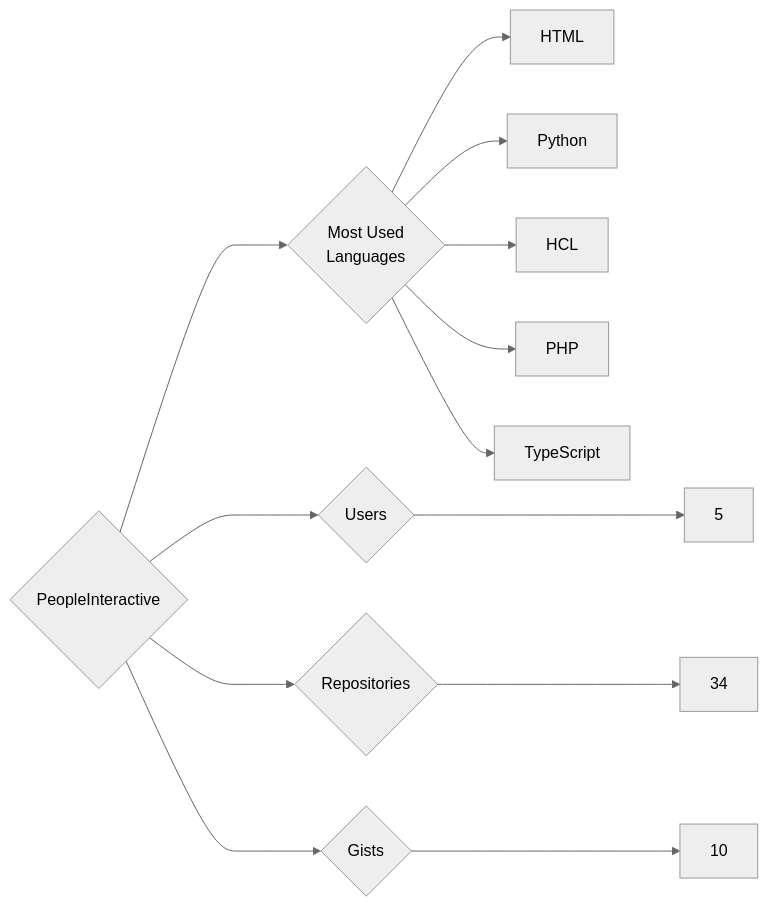
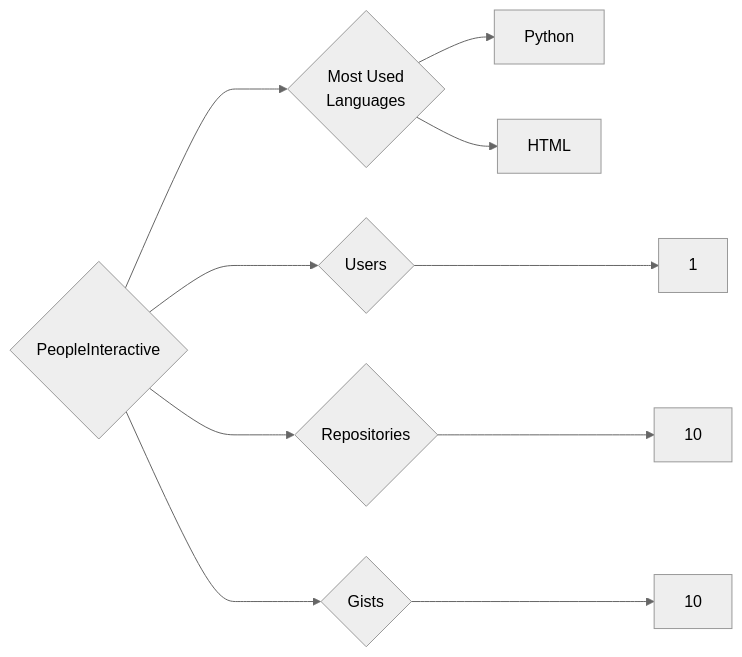
The diagram in targets/PeopleInteractive/README.md (trickest/insiders), drawn with Mermaid (neutral theme) before and after one commit. The commit also changed 787 other files, not shown here.

````diff
--- a/targets/PeopleInteractive/README.md
+++ b/targets/PeopleInteractive/README.md
@@ -3,13 +3,10 @@
 ```mermaid
 graph LR
 COMPANY_NAME{PeopleInteractive}
-COMPANY_NAME ---> U{Users} ---> UN[5]
-COMPANY_NAME ---> R{Repositories} ---> RN[34]
+COMPANY_NAME ---> U{Users} ---> UN[1]
+COMPANY_NAME ---> R{Repositories} ---> RN[10]
 COMPANY_NAME ---> G{Gists} ---> GN[10]
 COMPANY_NAME ---> ML{Most Used<br>Languages}
+ML --> Python[Python]
 ML --> HTML[HTML]
-ML --> Python[Python]
-ML --> HCL[HCL]
-ML --> PHP[PHP]
-ML --> TypeScript[TypeScript]
 ```
````
